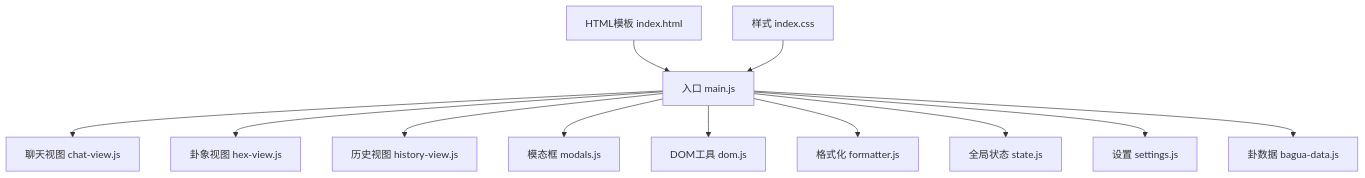
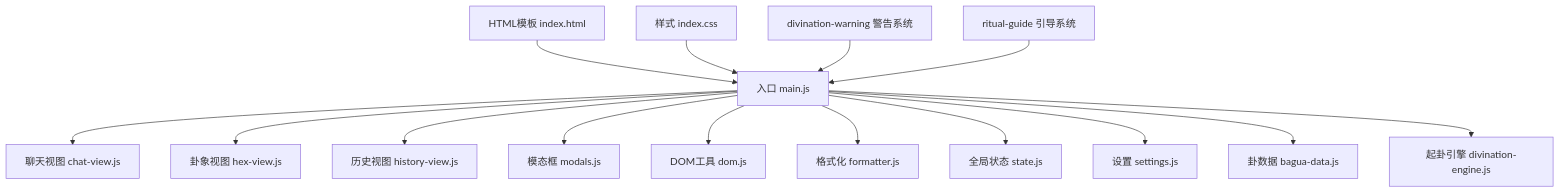
Before and after one commit to ghg618-ui/meihuayili-3.8: the first of 8 diagrams in .qoder/repowiki/zh/content/用户界面/用户界面.md, drawn with Mermaid. The commit also changed other lines of this file and 6 other files, not shown here.

````diff
--- a/.qoder/repowiki/zh/content/用户界面/用户界面.md
+++ b/.qoder/repowiki/zh/content/用户界面/用户界面.md
@@ -37,14 +40,17 @@
 ```mermaid
 graph TB
 A["入口 main.js"] --> B["聊天视图 chat-view.js"]
 A --> C["卦象视图 hex-view.js"]
 A --> D["历史视图 history-view.js"]
 A --> E["模态框 modals.js"]
 A --> F["DOM工具 dom.js"]
 A --> G["格式化 formatter.js"]
 A --> H["全局状态 state.js"]
 A --> I["设置 settings.js"]
 A --> J["卦数据 bagua-data.js"]
-K["HTML模板 index.html"] --> A
-L["样式 index.css"] --> A
+A --> K["起卦引擎 divination-engine.js"]
+L["HTML模板 index.html"] --> A
+M["样式 index.css"] --> A
+N["divination-warning 警告系统"] --> A
+O["ritual-guide 引导系统"] --> A
 ```
````
